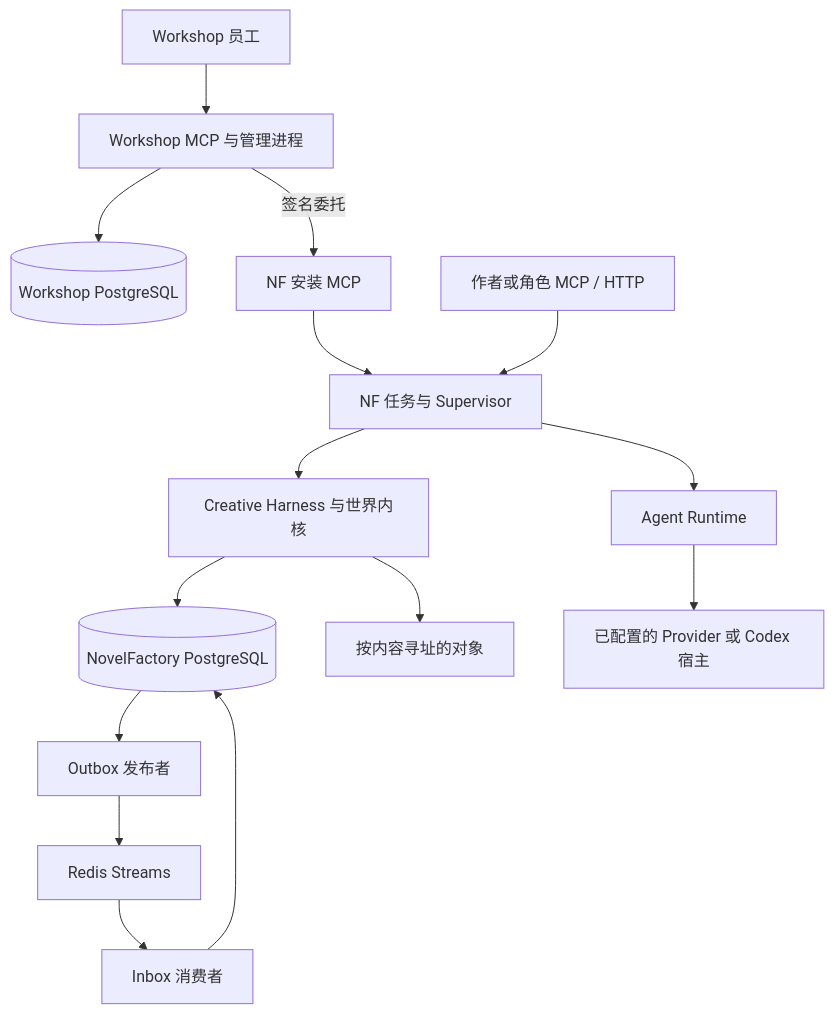
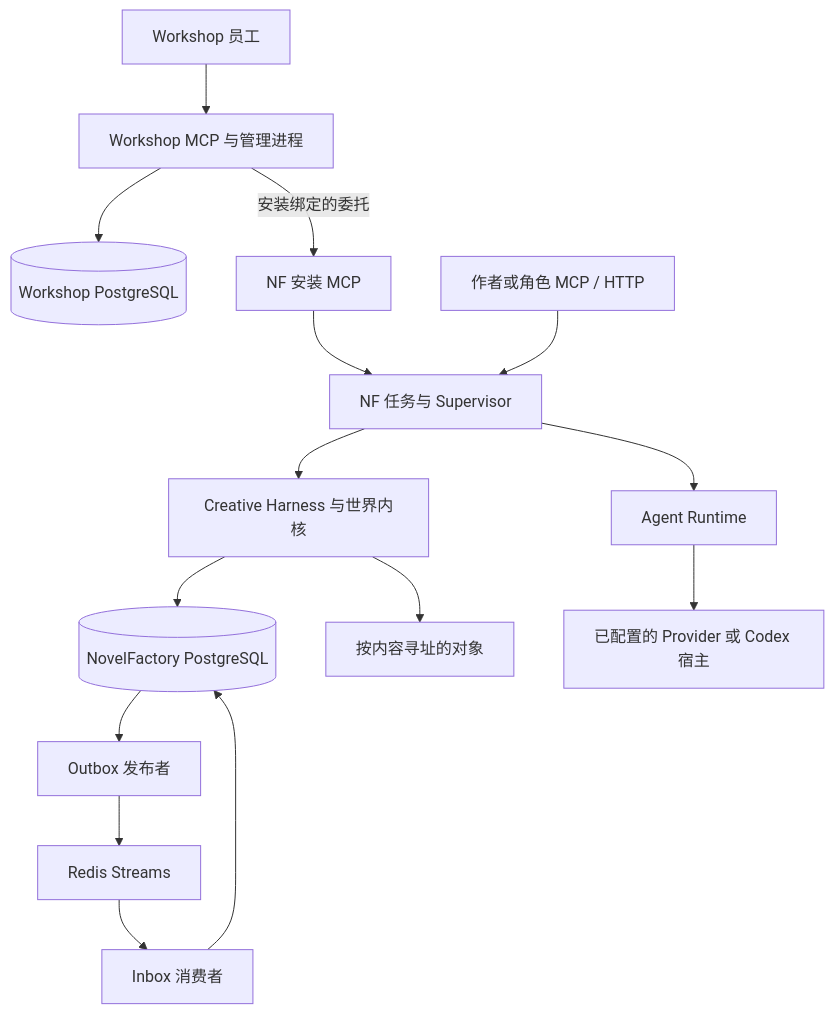
Before and after one commit to SKYdayDUCK/NovelFactory: the first of 3 diagrams in docs/zh-CN/03-系统架构.md, drawn with Mermaid. The commit also changed other lines of this file and 112 other files, not shown here.

````diff
--- a/docs/zh-CN/03-系统架构.md
+++ b/docs/zh-CN/03-系统架构.md
@@ -9,17 +9,17 @@
 ```mermaid
 flowchart TD
     E["Workshop 员工"] --> W["Workshop MCP 与管理进程"]
     W --> A[("Workshop PostgreSQL")]
-    W -->|签名委托| D["NF 安装 MCP"]
+    W -->|安装绑定的委托| D["NF 安装 MCP"]
     D --> T["NF 任务与 Supervisor"]
     U["作者或角色 MCP / HTTP"] --> T
     T --> H["Creative Harness 与世界内核"]
     H --> P[("NovelFactory PostgreSQL")]
     H --> O["按内容寻址的对象"]
     T --> R["Agent Runtime"]
     R --> M["已配置的 Provider 或 Codex 宿主"]
     P --> X["Outbox 发布者"]
     X --> S["Redis Streams"]
     S --> I["Inbox 消费者"]
     I --> P
 ```
````
